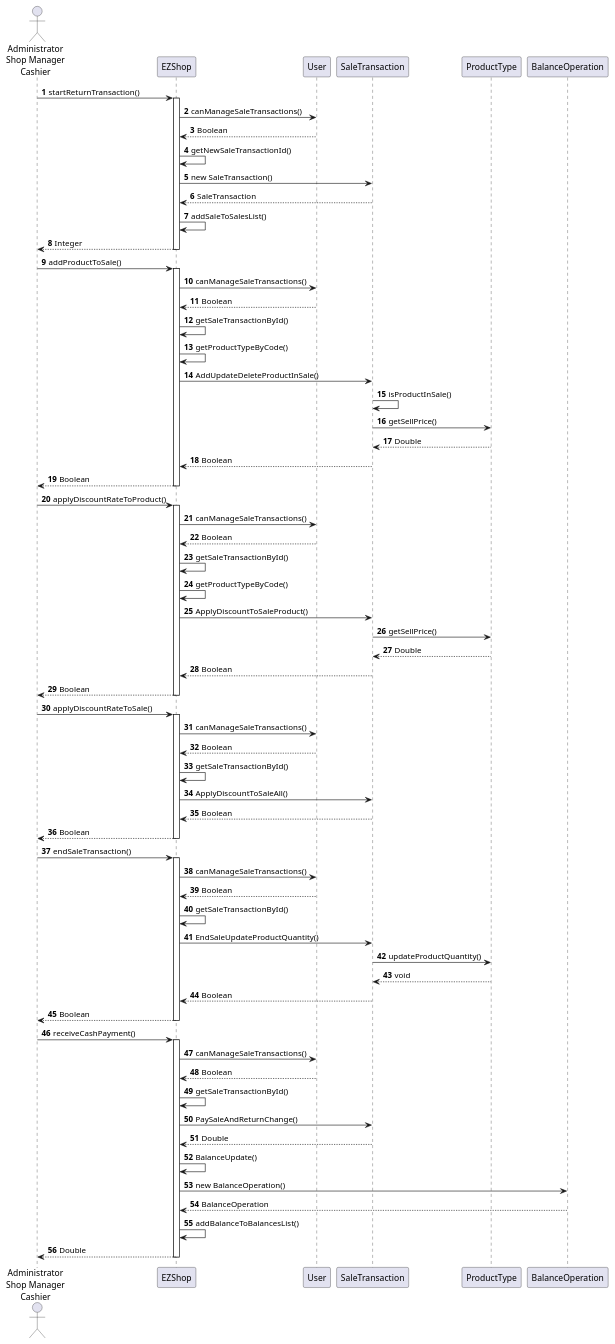
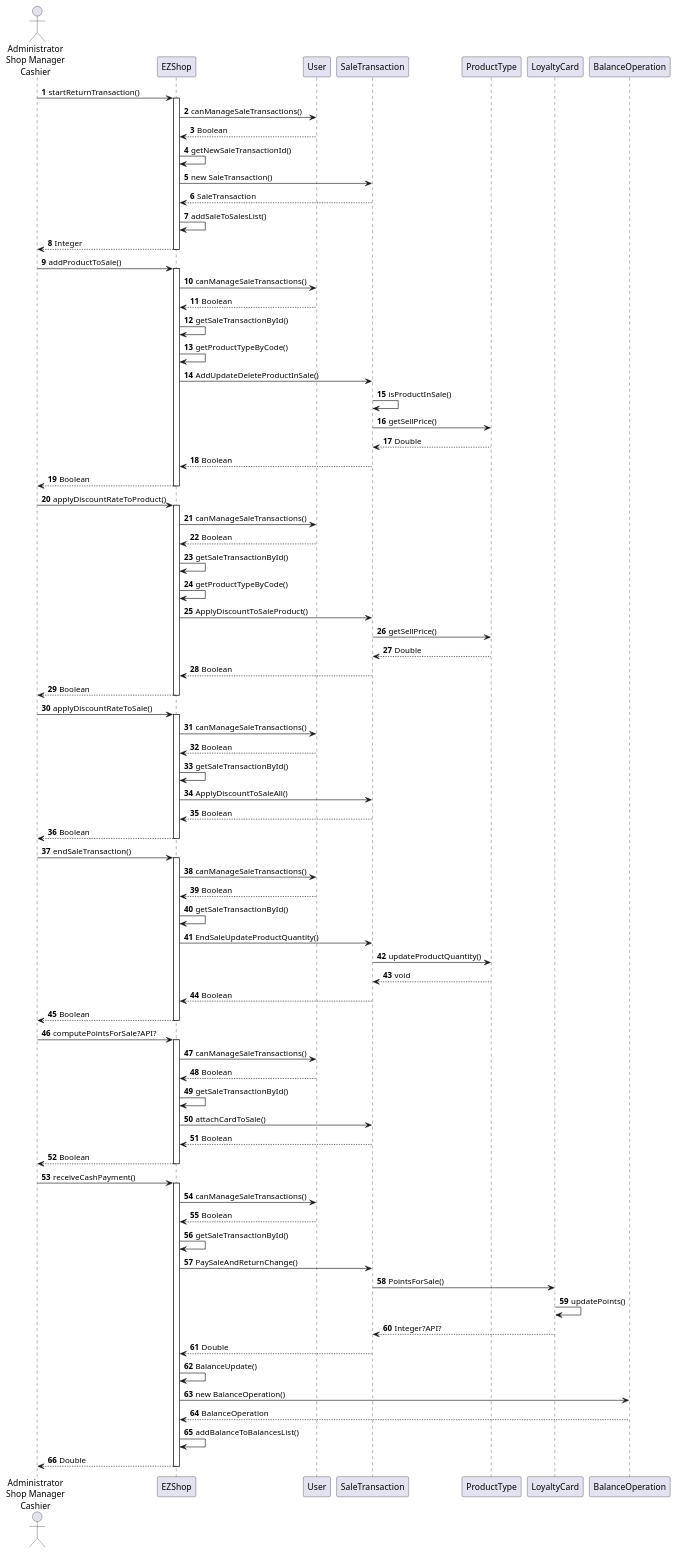
Before and after one commit to gioele-scaletta/EZShop-Software-Engineering-Project: the tenth of 15 diagrams in Deliverables/DesignDocument.md, drawn with PlantUML. The commit also changed other lines of this file and 3 other files, not shown here.

```diff
--- a/Deliverables/DesignDocument.md
+++ b/Deliverables/DesignDocument.md
@@ -452,12 +457,26 @@
 user <-- EZShop : Boolean
 deactivate EZShop
 
+user -> EZShop : computePointsForSale?API?
+activate  EZShop
+EZShop -> User : canManageSaleTransactions()
+EZShop <-- User : Boolean
+EZShop -> EZShop : getSaleTransactionById()
+EZShop -> SaleTransaction : attachCardToSale()
+EZShop <-- SaleTransaction : Boolean
+user <-- EZShop : Boolean
+deactivate EZShop
+
+
 user -> EZShop : receiveCashPayment()
 activate  EZShop
 EZShop -> User : canManageSaleTransactions()
 EZShop <-- User : Boolean
 EZShop -> EZShop : getSaleTransactionById()
 EZShop -> SaleTransaction : PaySaleAndReturnChange()
+SaleTransaction -> LoyaltyCard : PointsForSale()
+LoyaltyCard-> LoyaltyCard : updatePoints()
+SaleTransaction <-- LoyaltyCard : Integer?API?
 EZShop <-- SaleTransaction : Double
 EZShop -> EZShop : BalanceUpdate()
 EZShop -> BalanceOperation : new BalanceOperation()
```
